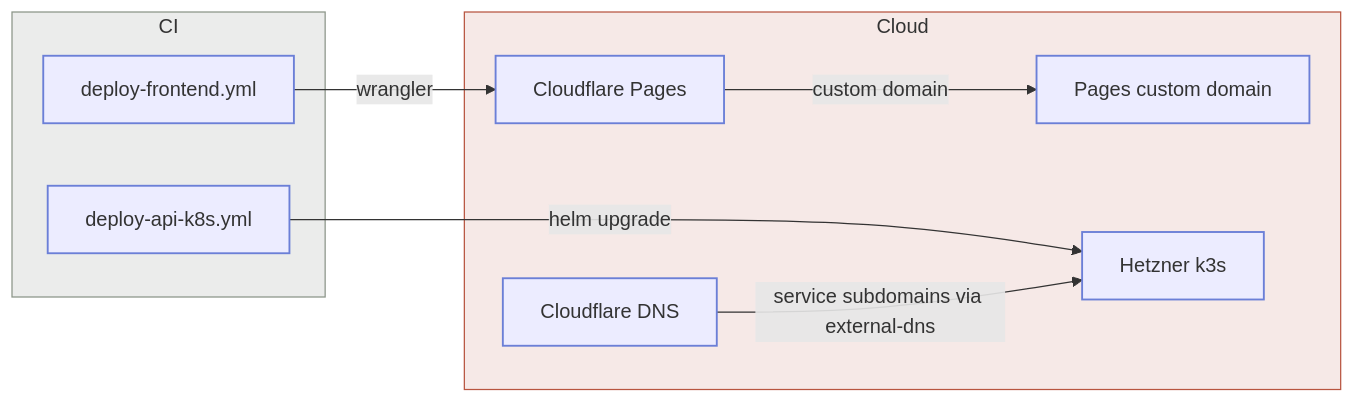
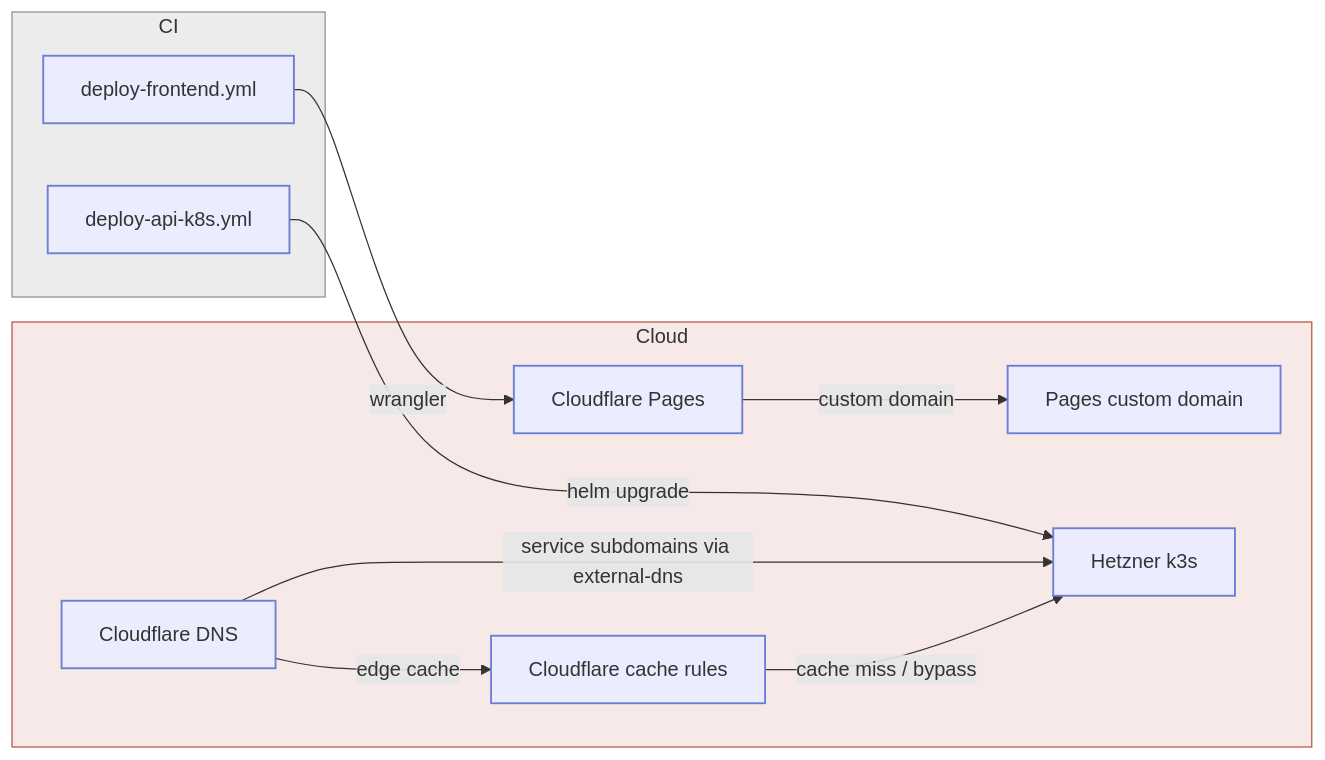
Before and after one commit to Ishou/wordsparrow: the second of 5 diagrams in README.md, drawn with Mermaid. The commit also changed 2 other files, not shown here.

First paragraph of the commit message:
feat(infra): cloudflare cache rule for grid daily endpoint (#1302)
Wave 3 · PR 7 of the perf edge-caching rollout (ADR-0089).

````diff
--- a/README.md
+++ b/README.md
@@ -128,20 +128,23 @@
 ```mermaid
 flowchart LR
   subgraph CI
     deploy_api_k8s["deploy-api-k8s.yml"]
     deploy_frontend["deploy-frontend.yml"]
   end
   subgraph Cloud
     pages["Cloudflare Pages"]
     pagesdomain["Pages custom domain"]
     dns["Cloudflare DNS"]
+    cacherules["Cloudflare cache rules"]
     k3s["Hetzner k3s"]
   end
   deploy_frontend -->|wrangler| pages
   deploy_api_k8s -->|helm upgrade| k3s
   pages -->|custom domain| pagesdomain
   dns -->|service subdomains via external-dns| k3s
+  dns -->|edge cache| cacherules
+  cacherules -->|cache miss / bypass| k3s
   style CI fill:#5a655a1f,stroke:#8b9488;
   style Cloud fill:#b8554020,stroke:#b85540;
   classDef default stroke:#6b7fd7,stroke-width:1.5px;
 ```
````
